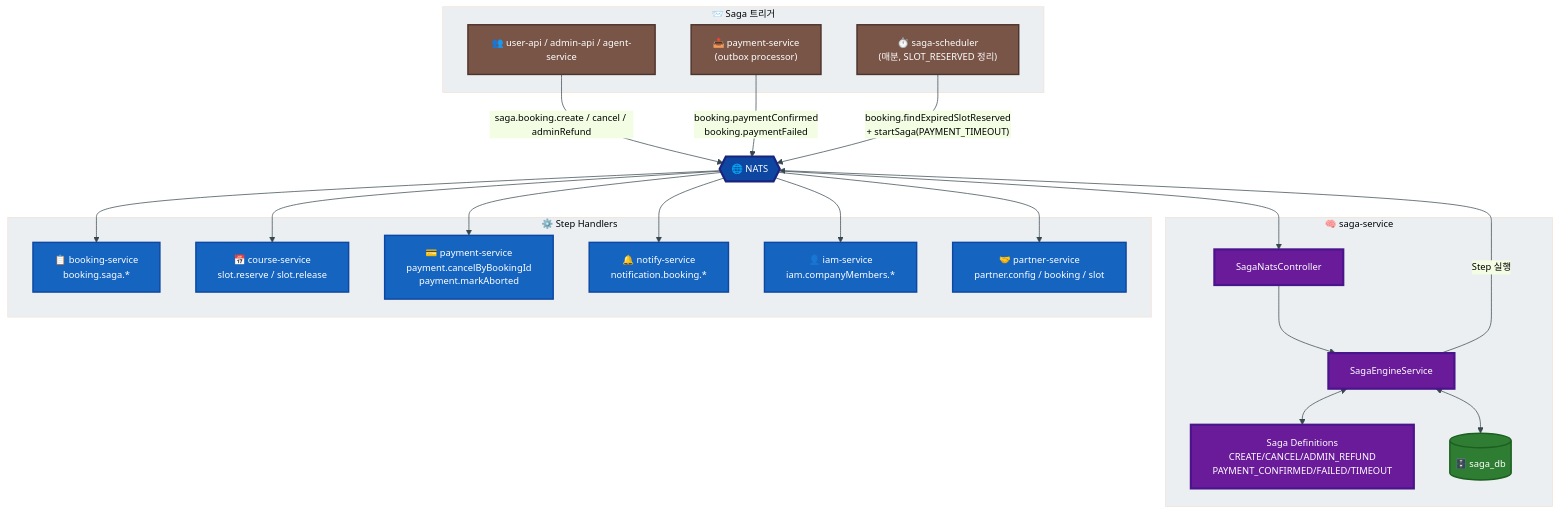
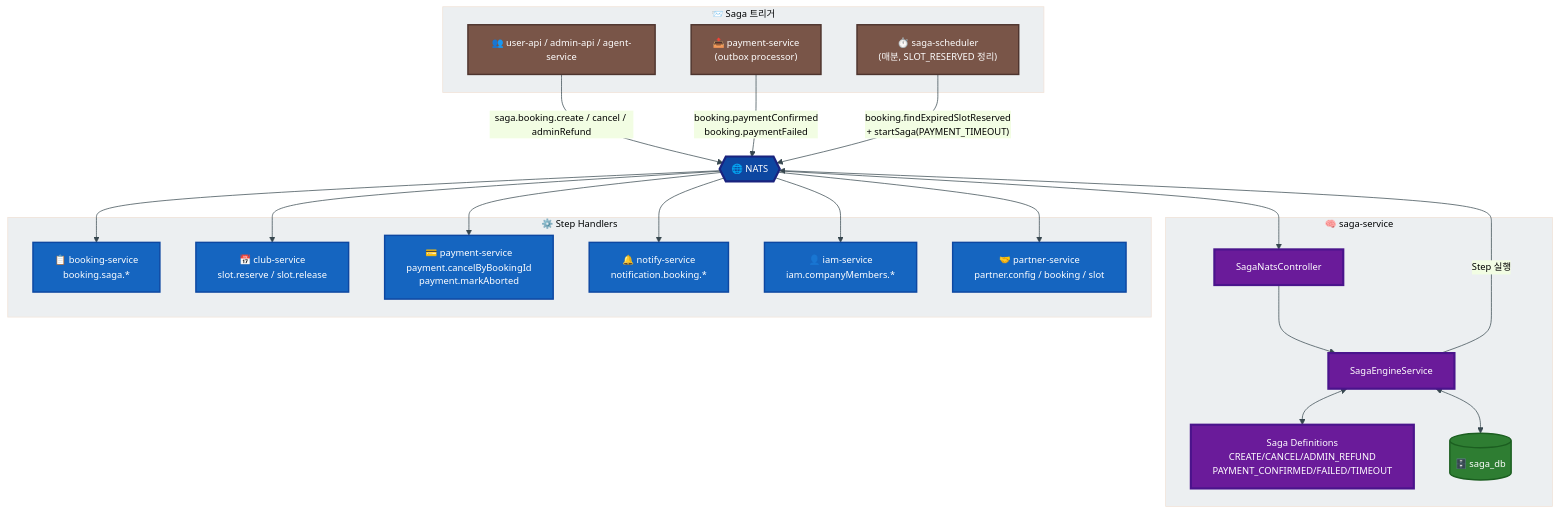
Before and after one commit to uniyous/parkgolf-platform: the first of 9 diagrams in docs/workflow/SAGA.md, drawn with Mermaid. The commit also changed other lines of this file and 130 other files, not shown here.

First line of the commit message:
refactor(infra): course-service → club-service 풀 리네임 (UNI-80)

````diff
--- a/docs/workflow/SAGA.md
+++ b/docs/workflow/SAGA.md
@@ -49,50 +49,50 @@
 ```mermaid
 %%{init: {'theme':'base','themeVariables':{'primaryColor':'#E3F2FD','primaryTextColor':'#000','primaryBorderColor':'#1565C0','lineColor':'#37474F','clusterBkg':'#ECEFF1','fontSize':'13px'}}}%%
 flowchart TB
     subgraph Triggers["📨 Saga 트리거"]
         UA["👥 user-api / admin-api / agent-service"]
         PS_OBX["📤 payment-service<br/>(outbox processor)"]
         SCHED["⏱️ saga-scheduler<br/>(매분, SLOT_RESERVED 정리)"]
     end
 
     subgraph Orchestrator["🧠 saga-service"]
         CTRL["SagaNatsController"]
         ENGINE["SagaEngineService"]
         DEFS["Saga Definitions<br/>CREATE/CANCEL/ADMIN_REFUND<br/>PAYMENT_CONFIRMED/FAILED/TIMEOUT"]
         DB_S[("🗄️ saga_db")]
     end
 
     NATS{{"🌐 NATS"}}
 
     subgraph StepHandlers["⚙️ Step Handlers"]
         BS["📋 booking-service<br/>booking.saga.*"]
-        CS["📅 course-service<br/>slot.reserve / slot.release"]
+        CS["📅 club-service<br/>slot.reserve / slot.release"]
         PAY["💳 payment-service<br/>payment.cancelByBookingId<br/>payment.markAborted"]
         NS["🔔 notify-service<br/>notification.booking.*"]
         IAM["👤 iam-service<br/>iam.companyMembers.*"]
         PRT["🤝 partner-service<br/>partner.config / booking / slot"]
     end
 
     UA -->|"saga.booking.create / cancel / adminRefund"| NATS
     PS_OBX -->|"booking.paymentConfirmed<br/>booking.paymentFailed"| NATS
     SCHED -->|"booking.findExpiredSlotReserved<br/>+ startSaga(PAYMENT_TIMEOUT)"| NATS
 
     NATS --> CTRL --> ENGINE
     ENGINE <--> DEFS
     ENGINE <--> DB_S
     ENGINE -->|"Step 실행"| NATS
     NATS --> BS & CS & PAY & NS & IAM & PRT
 
     classDef trig fill:#795548,color:#fff,stroke:#4E342E,stroke-width:2px
     classDef orch fill:#6A1B9A,color:#fff,stroke:#4A148C,stroke-width:3px
     classDef bus fill:#0D47A1,color:#fff,stroke:#1A237E,stroke-width:3px
     classDef hand fill:#1565C0,color:#fff,stroke:#0D47A1,stroke-width:2px
     classDef store fill:#2E7D32,color:#fff,stroke:#1B5E20,stroke-width:2px
     classDef todo fill:#EF6C00,color:#fff,stroke:#BF360C,stroke-width:2px,stroke-dasharray:5 5
 
     class UA,PS_OBX,SCHED trig
     class CTRL,ENGINE,DEFS orch
     class NATS bus
     class BS,CS,PAY,NS,IAM,PRT hand
     class DB_S store
 ```
````
